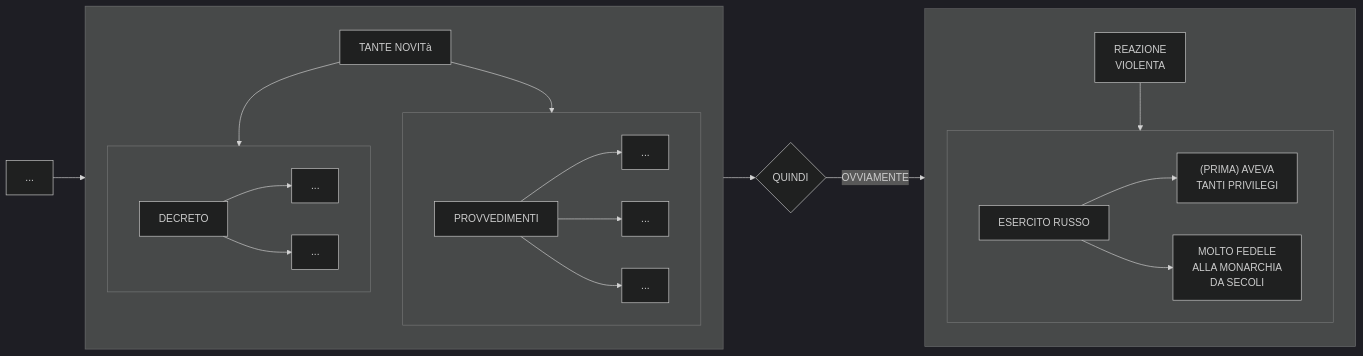
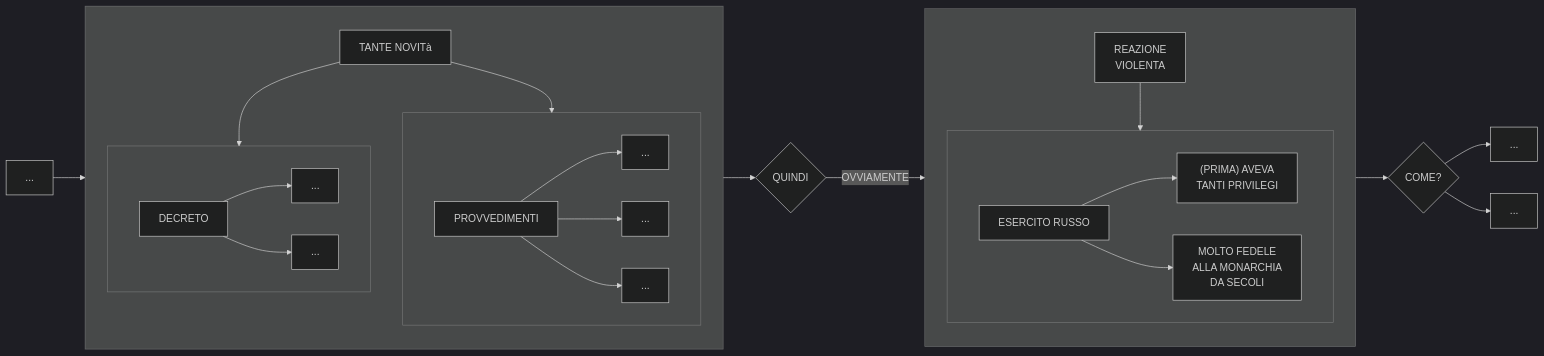
The fifth of 5 diagrams in stalinismo.md (Laaouatni/ricerca-storia-MermaidJS), drawn with Mermaid (dark theme) before and after one commit.

````diff
--- a/stalinismo.md
+++ b/stalinismo.md
@@ -191,34 +191,39 @@
 ```mermaid
 flowchart LR
     03[...]
     subgraph 0[" "]
         01[TANTE NOVITà]
         subgraph 010[" "]
             0100[PROVVEDIMENTI]
             01000[...]
             01001[...]
             01002[...]
             0100 --> 01000 & 01001 & 01002
         end
         subgraph 011[" "]
             0110[DECRETO]
             01100[...]
             01101[...]
             0110 --> 01100 & 01101
         end
         01 --> 010 & 011
     end
     02{QUINDI}
     03 --> 0 --> 02
     subgraph 020[" "]
         0200[REAZIONE <br> VIOLENTA]
         subgraph 021[" "]
             0210[ESERCITO RUSSO]
             02100["(PRIMA) AVEVA <BR> TANTI PRIVILEGI"]
             02101[MOLTO FEDELE <BR> ALLA MONARCHIA <BR> DA SECOLI]
             0210 --> 02100 & 02101
         end
         0200 --> 021
     end
     02 -->|OVVIAMENTE| 020
+    04{COME?}
+    020 --> 04
+    040[...]
+    041[...]
+    04 --> 040 & 041
 ```
````
